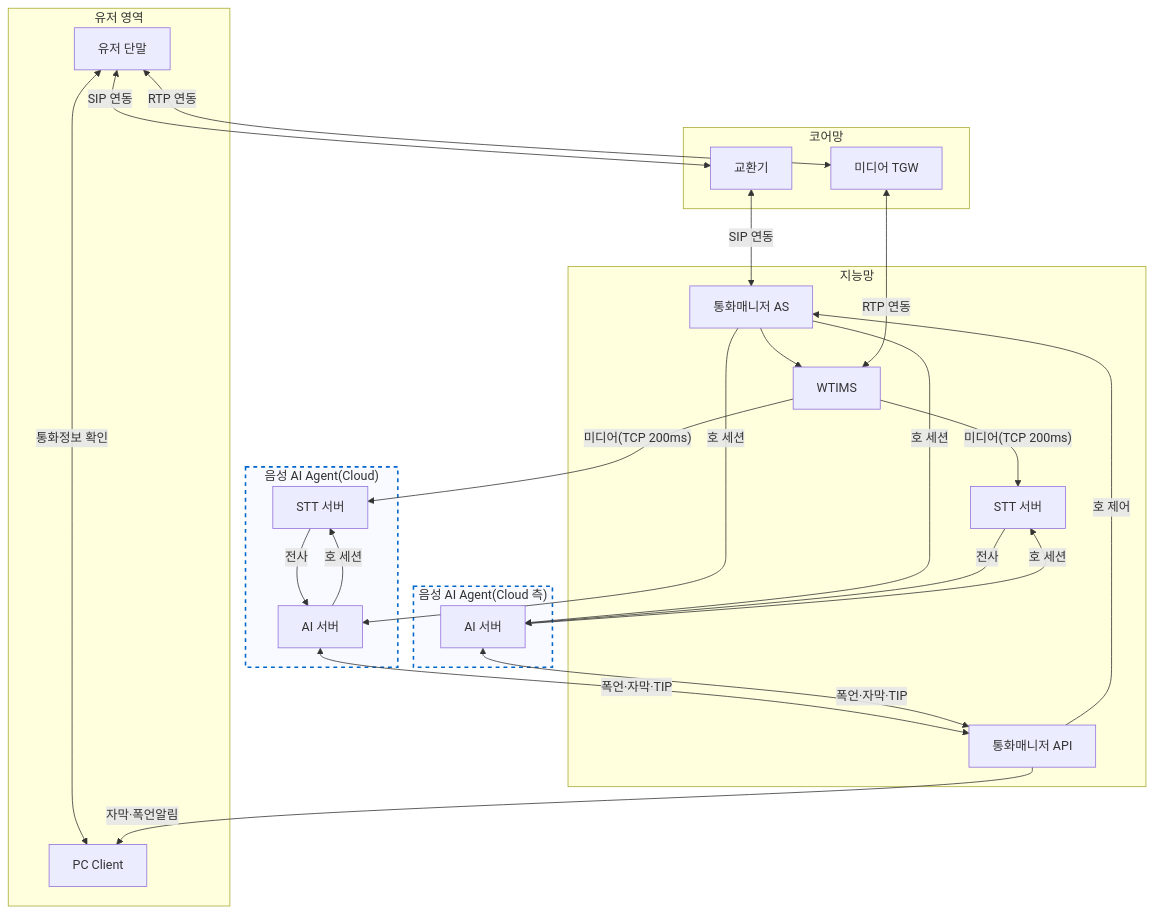
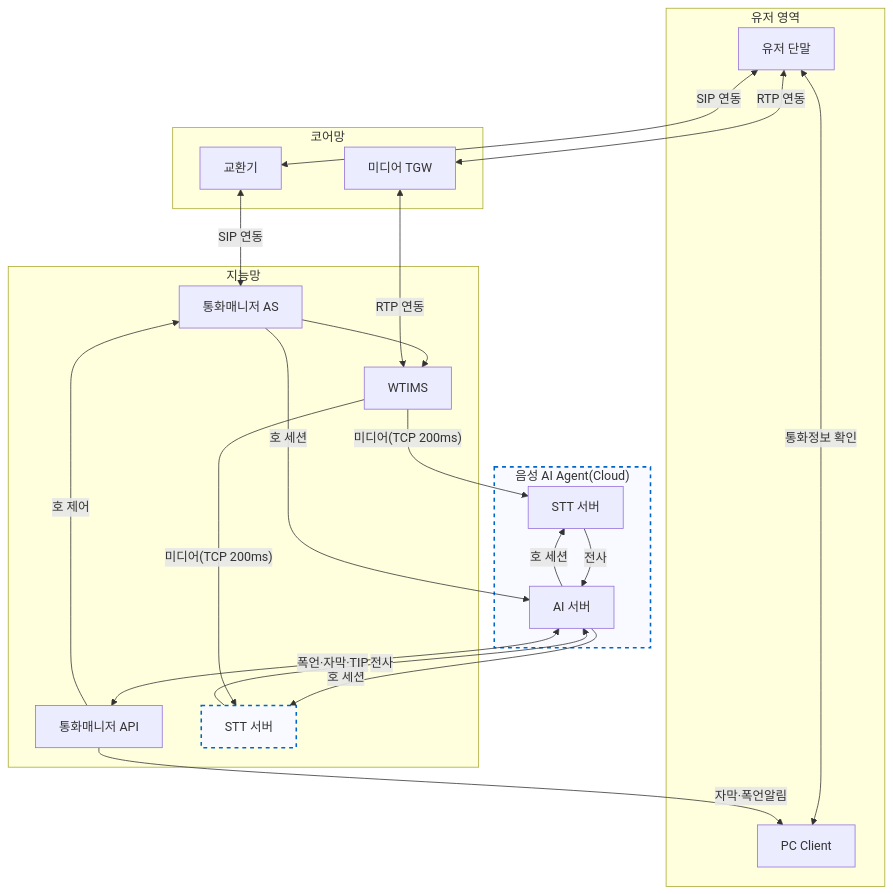
Before and after one commit to hak023/sip_pbx: the diagram in docs/architecture/stt-agent-integration-options.md, drawn with Mermaid.

Commit message:
docs: Combine AI servers into one and set IN_STT style to dashed

````diff
--- a/docs/architecture/stt-agent-integration-options.md
+++ b/docs/architecture/stt-agent-integration-options.md
@@ -4,57 +4,51 @@
 ```mermaid
 flowchart TB
     subgraph USER_AREA["유저 영역"]
         USER[유저 단말]
         PC[PC Client]
     end
 
     subgraph CORE_NET["코어망"]
         EX[교환기]
         TGW[미디어 TGW]
     end
 
     subgraph CORE["지능망"]
         CM[통화매니저 AS]
         WT[WTIMS]
         CM_API[통화매니저 API]
         IN_STT[STT 서버]
     end
+    %% 지능망 STT 서버는 향후 도입 예정이므로 점선으로 표시
+    style IN_STT fill:#f8faff,stroke:#0066cc,stroke-width:2px,stroke-dasharray: 5 5
 
     subgraph NEW_STT["음성 AI Agent(Cloud)"]
         style NEW_STT fill:#f8faff,stroke:#0066cc,stroke-width:2px,stroke-dasharray: 5 5
         
         STT[STT 서버]
         RT[AI 서버]
-    end
-
-    subgraph HYBRID_STT["음성 AI Agent(Cloud 측)"]
-        style HYBRID_STT fill:#f8faff,stroke:#0066cc,stroke-width:2px,stroke-dasharray: 5 5
-        
-        RT2[AI 서버]
     end
 
     EX <-->|SIP 연동| CM
     CM --> WT
     USER <-->|SIP 연동| EX
     USER <-->|RTP 연동| TGW
     TGW <-->|RTP 연동| WT
     USER <-->|통화정보 확인| PC
 
-    %% 신규 연동 구간 (Cloud STT) - 실선 변경
+    %% 신규 연동 구간 (Cloud STT)
     CM -->|호 세션| RT
     RT -->|호 세션| STT
     WT -->|"미디어(TCP 200ms)"| STT
     STT -->|전사| RT
 
-    %% 신규 연동 구간 (지능망 내 STT) - 실선 변경
-    CM -->|호 세션| RT2
-    RT2 -->|호 세션| IN_STT
+    %% 신규 연동 구간 (지능망 내 STT)
+    RT -->|호 세션| IN_STT
     WT -->|"미디어(TCP 200ms)"| IN_STT
-    IN_STT -->|전사| RT2
+    IN_STT -->|전사| RT
 
-    %% AI Agent 연동 - 실선 변경
+    %% AI Agent 연동
     RT <-->|폭언·자막·TIP| CM_API
-    RT2 <-->|폭언·자막·TIP| CM_API
     CM_API -->|호 제어| CM
     CM_API -->|자막·폭언알림| PC
 ```
````
